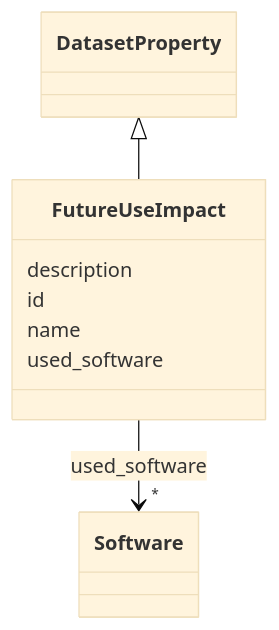
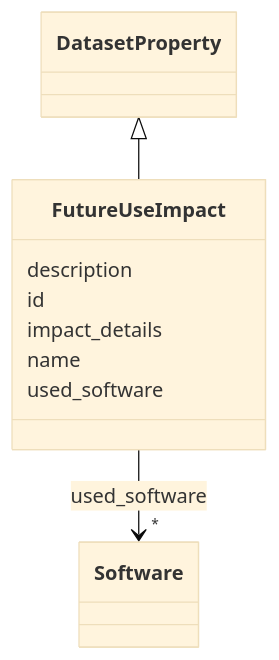
Before and after one commit to bridge2ai/data-sheets-schema: the diagram in docs/FutureUseImpact.md, drawn with Mermaid (base theme). The commit also changed other lines of this file and 682 other files, not shown here.

````diff
--- a/docs/FutureUseImpact.md
+++ b/docs/FutureUseImpact.md
@@ -20,26 +20,28 @@
 ```mermaid
  classDiagram
     class FutureUseImpact
     click FutureUseImpact href "../FutureUseImpact/"
       DatasetProperty <|-- FutureUseImpact
         click DatasetProperty href "../DatasetProperty/"
       
       FutureUseImpact : description
         
       FutureUseImpact : id
+        
+      FutureUseImpact : impact_details
         
       FutureUseImpact : name
         
       FutureUseImpact : used_software
         
           
     
         
         
         FutureUseImpact --> "*" Software : used_software
         click Software href "../Software/"
     
 
         
       
 ```
````
